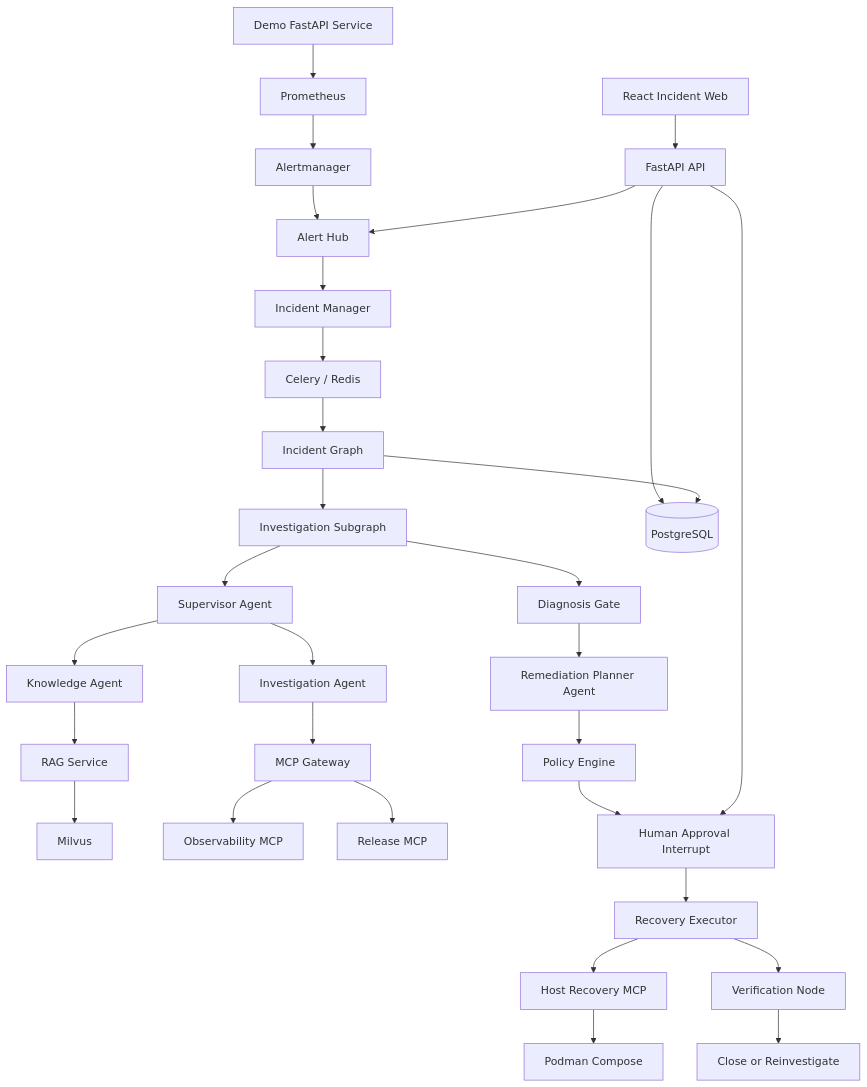
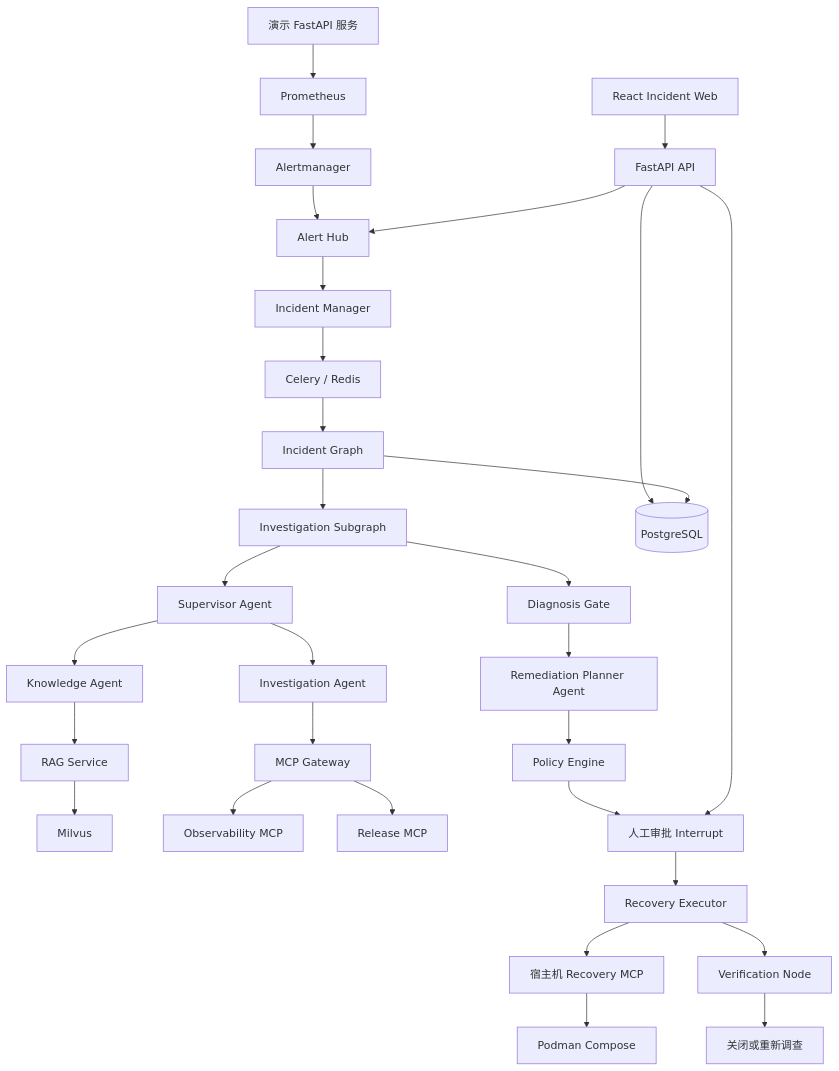
Before and after one commit to lilsh623/oncall: the diagram in docs/superpowers/specs/2026-07-20-intelligent-oncall-agent-design.md, drawn with Mermaid. The commit also changed other lines of this file, not shown here.

````diff
--- a/docs/superpowers/specs/2026-07-20-intelligent-oncall-agent-design.md
+++ b/docs/superpowers/specs/2026-07-20-intelligent-oncall-agent-design.md
@@ -103,36 +132,36 @@
 ```mermaid
 flowchart TD
-    DS[Demo FastAPI Service] --> PM[Prometheus]
-    PM --> AM[Alertmanager]
-    AM --> AH[Alert Hub]
-    AH --> IM[Incident Manager]
-    IM --> CQ[Celery / Redis]
-    CQ --> IG[Incident Graph]
+    DS["演示 FastAPI 服务"] --> PM["Prometheus"]
+    PM --> AM["Alertmanager"]
+    AM --> AH["Alert Hub"]
+    AH --> IM["Incident Manager"]
+    IM --> CQ["Celery / Redis"]
+    CQ --> IG["Incident Graph"]
 
-    IG --> IS[Investigation Subgraph]
-    IS --> SV[Supervisor Agent]
-    SV --> IA[Investigation Agent]
-    SV --> KA[Knowledge Agent]
+    IG --> IS["Investigation Subgraph"]
+    IS --> SV["Supervisor Agent"]
+    SV --> IA["Investigation Agent"]
+    SV --> KA["Knowledge Agent"]
 
-    IA --> MG[MCP Gateway]
-    KA --> RS[RAG Service]
-    RS --> MV[Milvus]
-    MG --> OM[Observability MCP]
-    MG --> RM[Release MCP]
+    IA --> MG["MCP Gateway"]
+    KA --> RS["RAG Service"]
+    RS --> MV["Milvus"]
+    MG --> OM["Observability MCP"]
+    MG --> RM["Release MCP"]
 
-    IS --> DG[Diagnosis Gate]
-    DG --> RP[Remediation Planner Agent]
-    RP --> PE[Policy Engine]
-    PE --> AP[Human Approval Interrupt]
-    AP --> EX[Recovery Executor]
-    EX --> HR[Host Recovery MCP]
-    HR --> PC[Podman Compose]
-    EX --> VN[Verification Node]
-    VN --> CL[Close or Reinvestigate]
+    IS --> DG["Diagnosis Gate"]
+    DG --> RP["Remediation Planner Agent"]
+    RP --> PE["Policy Engine"]
+    PE --> AP["人工审批 Interrupt"]
+    AP --> EX["Recovery Executor"]
+    EX --> HR["宿主机 Recovery MCP"]
+    HR --> PC["Podman Compose"]
+    EX --> VN["Verification Node"]
+    VN --> CL["关闭或重新调查"]
 
-    UI[React Incident Web] --> API[FastAPI API]
+    UI["React Incident Web"] --> API["FastAPI API"]
     API --> AH
     API --> AP
-    API --> PG[(PostgreSQL)]
+    API --> PG[("PostgreSQL")]
     IG --> PG
 ```
````
